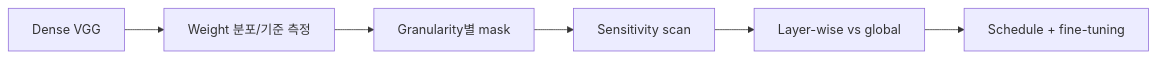
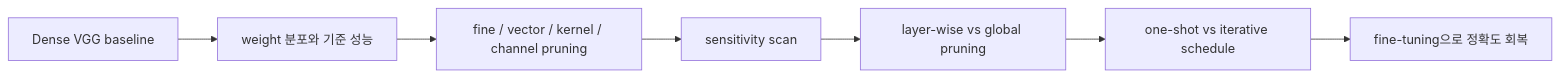
One commit to knowgyu/aisp changed the diagram in study_notes/on_device_ai/practice/01_pruning_cnn_practice_guide.md. Above: the diagram before and after it, drawn with Mermaid. The commit also changed other lines of this file and 10 other files, not shown here.

````diff
--- a/study_notes/on_device_ai/practice/01_pruning_cnn_practice_guide.md
+++ b/study_notes/on_device_ai/practice/01_pruning_cnn_practice_guide.md
@@ -11,14 +11,9 @@
 ```mermaid
 flowchart LR
-  A["Dense VGG"]
-  B["Weight 분포/기준 측정"]
-  A --> B
-  C["Granularity별 mask"]
-  B --> C
-  D["Sensitivity scan"]
-  C --> D
-  E["Layer-wise vs global"]
-  D --> E
-  F["Schedule + fine-tuning"]
-  E --> F
+  A["Dense VGG baseline"] --> B["weight 분포와 기준 성능"]
+  B --> C["fine / vector / kernel / channel pruning"]
+  C --> D["sensitivity scan"]
+  D --> E["layer-wise vs global pruning"]
+  E --> F["one-shot vs iterative schedule"]
+  F --> G["fine-tuning으로 정확도 회복"]
 ```
````
